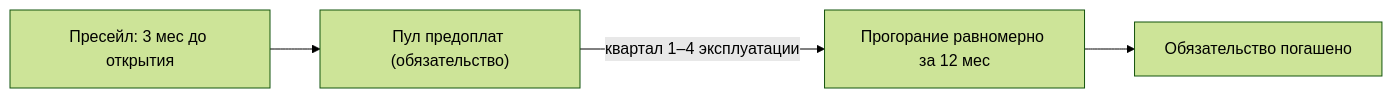
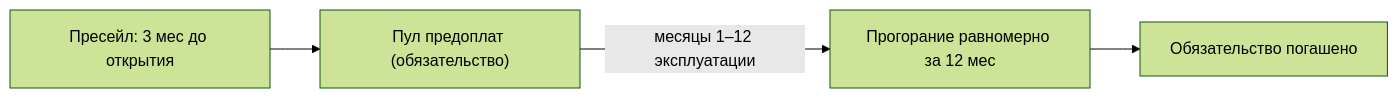
The fifth of 6 diagrams in src/docs/model-guide.md (ampulex-23/aura-hills-finmodel), drawn with Mermaid (forest theme) before and after one commit. The commit also changed other lines of this file and 11 other files, not shown here.

````diff
--- a/src/docs/model-guide.md
+++ b/src/docs/model-guide.md
@@ -371,6 +467,6 @@
 ```mermaid
 flowchart LR
     P["Пресейл: 3 мес до открытия"] --> POOL["Пул предоплат (обязательство)"]
-    POOL -->|"квартал 1–4 эксплуатации"| REC["Прогорание равномерно за 12 мес"]
+    POOL -->|"месяцы 1–12 эксплуатации"| REC["Прогорание равномерно за 12 мес"]
     REC --> OK["Обязательство погашено"]
 ```
````
